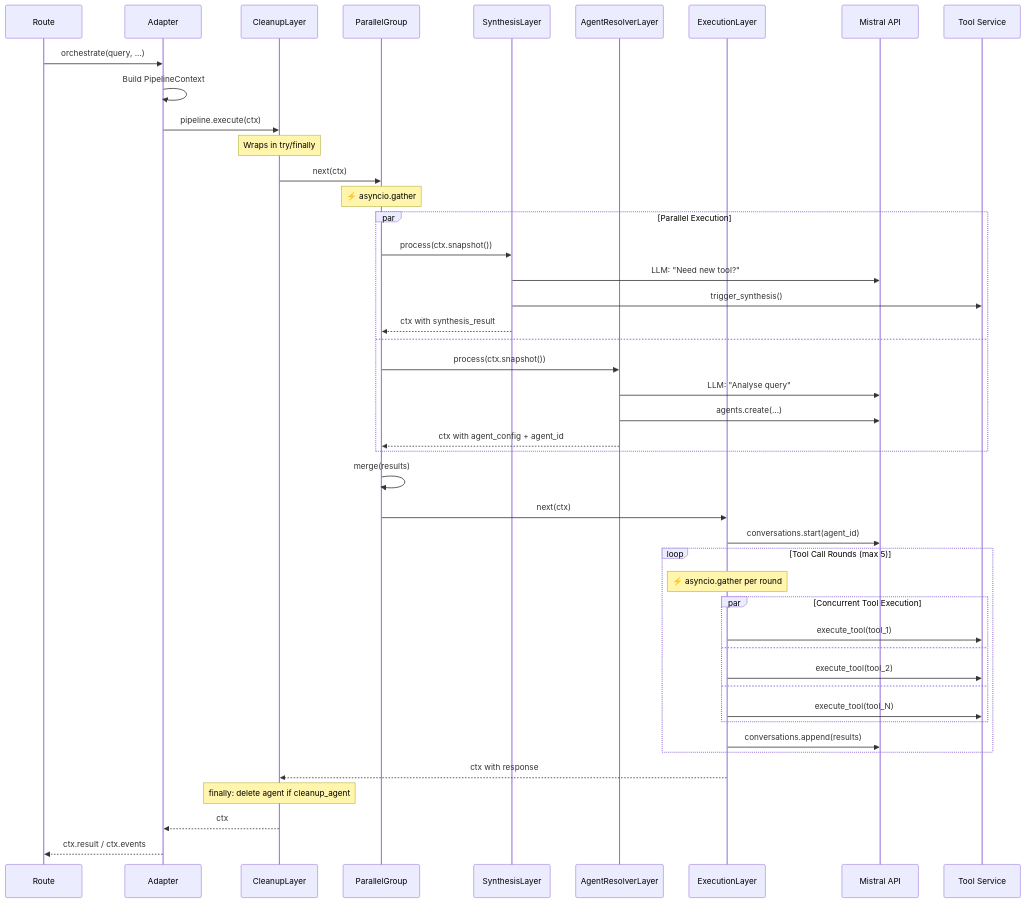
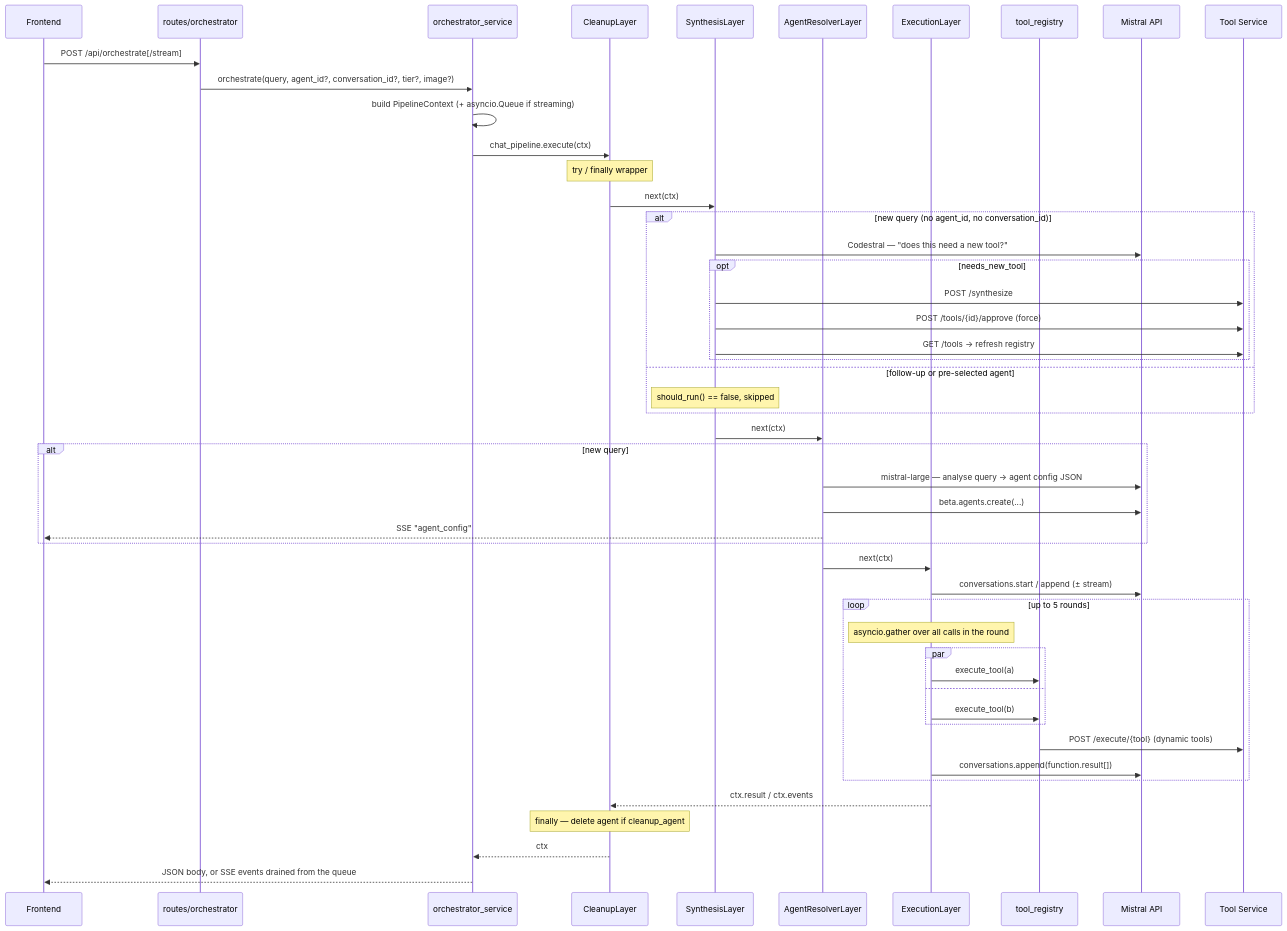
The fourth of 16 diagrams in architecture.md (harshgurjar731/Mistral_Dynamic_Agent_Tools), drawn with Mermaid before and after one commit. The commit also changed other lines of this file and 53 other files, not shown here.

````diff
--- a/architecture.md
+++ b/architecture.md
@@ -79,58 +283,58 @@
 ```mermaid
 sequenceDiagram
-    participant R as Route
-    participant A as Adapter
+    participant UI as Frontend
+    participant R as routes/orchestrator
+    participant A as orchestrator_service
     participant CL as CleanupLayer
-    participant PG as ParallelGroup
     participant SL as SynthesisLayer
-    participant ARL as AgentResolverLayer
+    participant AR as AgentResolverLayer
     participant EL as ExecutionLayer
+    participant TR as tool_registry
     participant M as Mistral API
     participant TS as Tool Service
 
-    R->>A: orchestrate(query, ...)
-    A->>A: Build PipelineContext
-    A->>CL: pipeline.execute(ctx)
-    
-    Note over CL: Wraps in try/finally
+    UI->>R: POST /api/orchestrate[/stream]
+    R->>A: orchestrate(query, agent_id?, conversation_id?, tier?, image?)
+    A->>A: build PipelineContext (+ asyncio.Queue if streaming)
+    A->>CL: chat_pipeline.execute(ctx)
 
-    CL->>PG: next(ctx)
+    Note over CL: try / finally wrapper
 
-    Note over PG: ⚡ asyncio.gather
-
-    par Parallel Execution
-        PG->>SL: process(ctx.snapshot())
-        SL->>M: LLM: "Need new tool?"
-        SL->>TS: trigger_synthesis()
-        SL-->>PG: ctx with synthesis_result
-    and
-        PG->>ARL: process(ctx.snapshot())
-        ARL->>M: LLM: "Analyse query"
-        ARL->>M: agents.create(...)
-        ARL-->>PG: ctx with agent_config + agent_id
+    CL->>SL: next(ctx)
+    alt new query (no agent_id, no conversation_id)
+        SL->>M: Codestral — "does this need a new tool?"
+        opt needs_new_tool
+            SL->>TS: POST /synthesize
+            SL->>TS: POST /tools/{id}/approve (force)
+            SL->>TS: GET /tools → refresh registry
+        end
+    else follow-up or pre-selected agent
+        Note over SL: should_run() == false, skipped
     end
 
-    PG->>PG: merge(results)
-    PG->>EL: next(ctx)
-
-    EL->>M: conversations.start(agent_id)
-    
-    loop Tool Call Rounds (max 5)
-        Note over EL: ⚡ asyncio.gather per round
-        par Concurrent Tool Execution
-            EL->>TS: execute_tool(tool_1)
-        and
-            EL->>TS: execute_tool(tool_2)
-        and
-            EL->>TS: execute_tool(tool_N)
-        end
-        EL->>M: conversations.append(results)
+    SL->>AR: next(ctx)
+    alt new query
+        AR->>M: mistral-large — analyse query → agent config JSON
+        AR->>M: beta.agents.create(...)
+        AR-->>UI: SSE "agent_config"
     end
 
-    EL-->>CL: ctx with response
-    
-    Note over CL: finally: delete agent if cleanup_agent
+    AR->>EL: next(ctx)
+    EL->>M: conversations.start / append (± stream)
 
+    loop up to 5 rounds
+        Note over EL: asyncio.gather over all calls in the round
+        par
+            EL->>TR: execute_tool(a)
+        and
+            EL->>TR: execute_tool(b)
+        end
+        TR->>TS: POST /execute/{tool} (dynamic tools)
+        EL->>M: conversations.append(function.result[])
+    end
+
+    EL-->>CL: ctx.result / ctx.events
+    Note over CL: finally — delete agent if cleanup_agent
     CL-->>A: ctx
-    A-->>R: ctx.result / ctx.events
+    A-->>UI: JSON body, or SSE events drained from the queue
 ```
````
